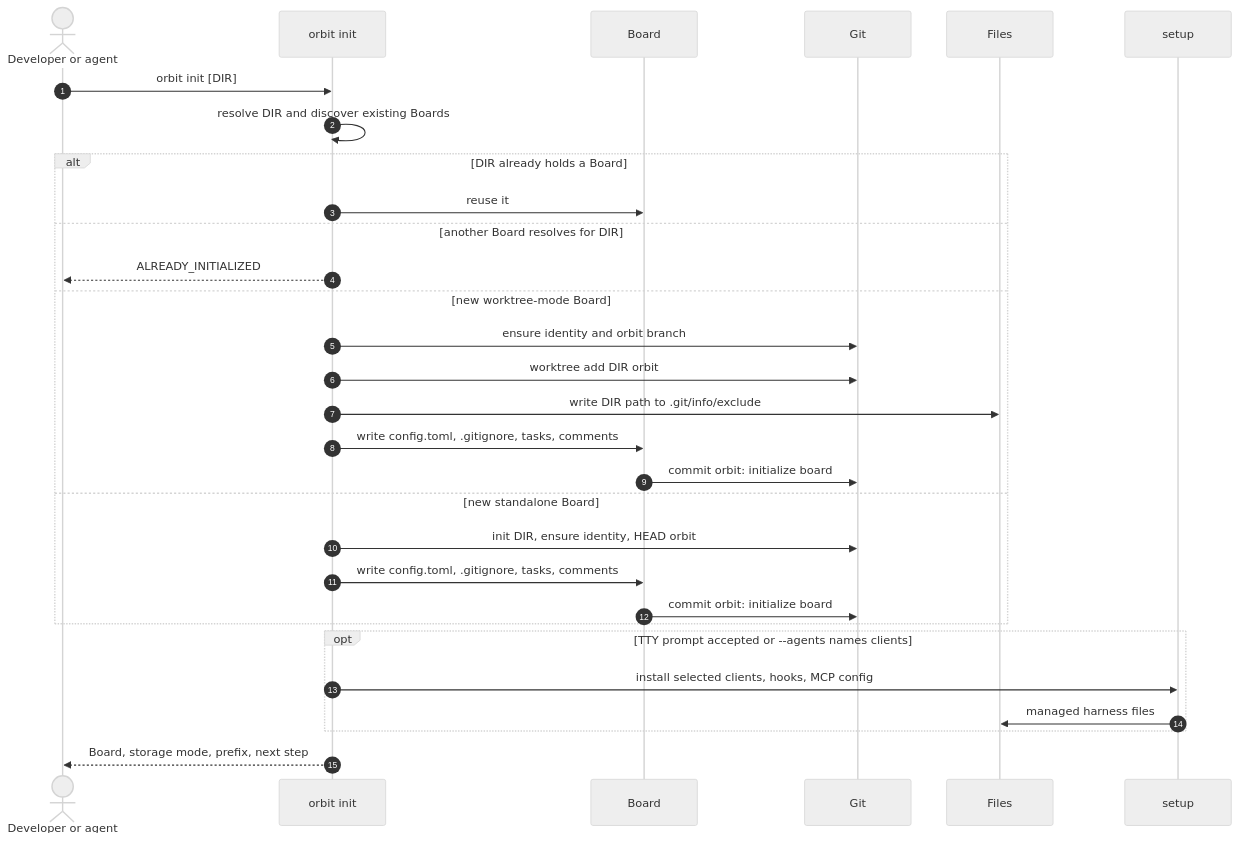
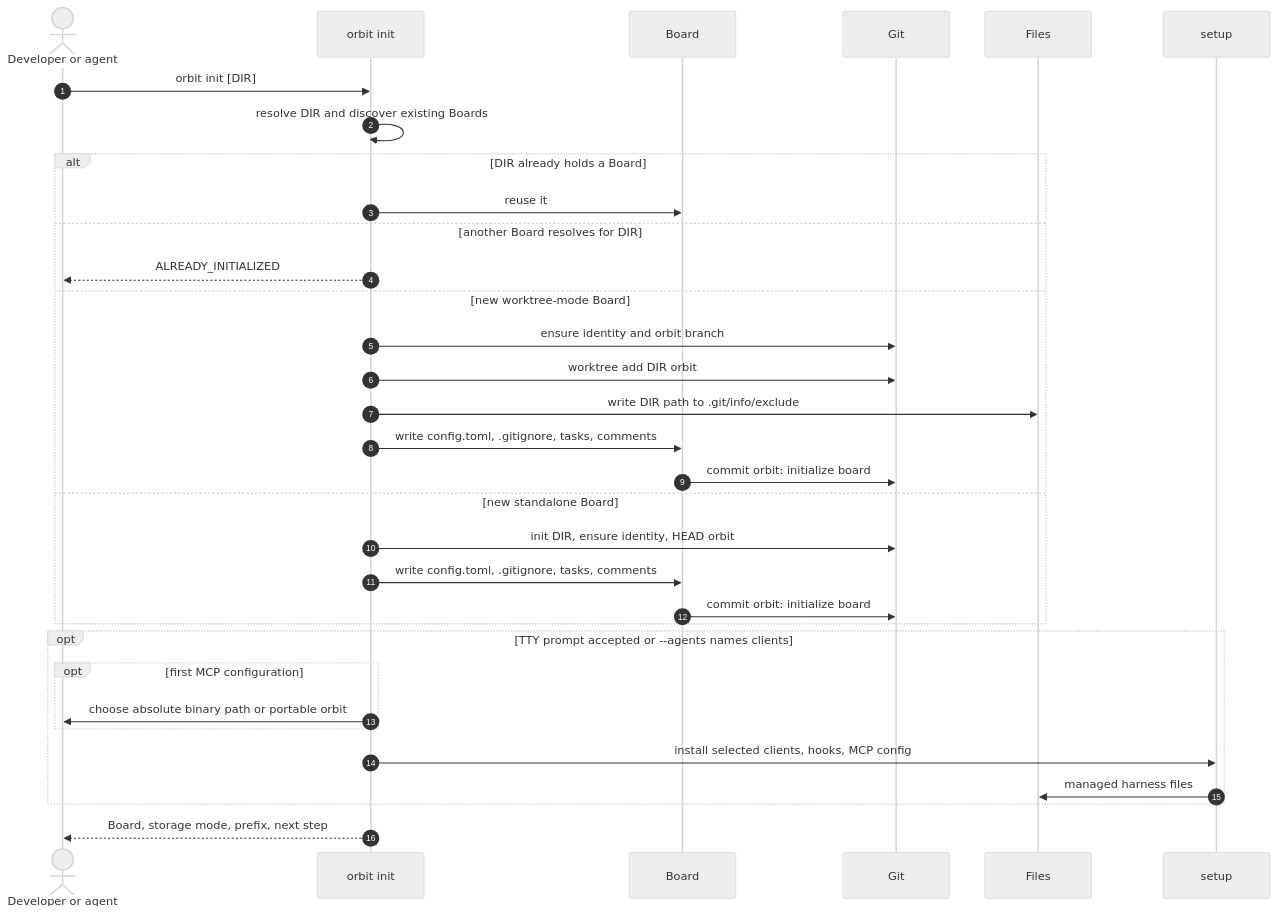
The tenth of 14 diagrams in docs/ARCHITECTURE.md (rcmendes/orbit), drawn with Mermaid (neutral theme) before and after one commit. The commit also changed other lines of this file and 11 other files, not shown here.

Commit message:
feat: expose portable MCP setup as a first-run choice

````diff
--- a/docs/ARCHITECTURE.md
+++ b/docs/ARCHITECTURE.md
@@ -541,33 +541,36 @@
 ```mermaid
 sequenceDiagram
     autonumber
     actor Dev as Developer or agent
     participant CLI as orbit init
     participant BRD as Board
     participant GIT as Git
     participant FS as Files
     participant SET as setup
 
     Dev->>CLI: orbit init [DIR]
     CLI->>CLI: resolve DIR and discover existing Boards
     alt DIR already holds a Board
         CLI->>BRD: reuse it
     else another Board resolves for DIR
         CLI-->>Dev: ALREADY_INITIALIZED
     else new worktree-mode Board
         CLI->>GIT: ensure identity and orbit branch
         CLI->>GIT: worktree add DIR orbit
         CLI->>FS: write DIR path to .git/info/exclude
         CLI->>BRD: write config.toml, .gitignore, tasks, comments
         BRD->>GIT: commit orbit: initialize board
     else new standalone Board
         CLI->>GIT: init DIR, ensure identity, HEAD orbit
         CLI->>BRD: write config.toml, .gitignore, tasks, comments
         BRD->>GIT: commit orbit: initialize board
     end
     opt TTY prompt accepted or --agents names clients
+        opt first MCP configuration
+            CLI->>Dev: choose absolute binary path or portable orbit
+        end
         CLI->>SET: install selected clients, hooks, MCP config
         SET->>FS: managed harness files
     end
     CLI-->>Dev: Board, storage mode, prefix, next step
 ```
````
